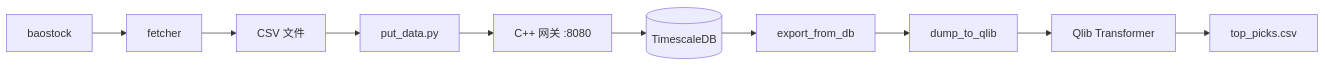
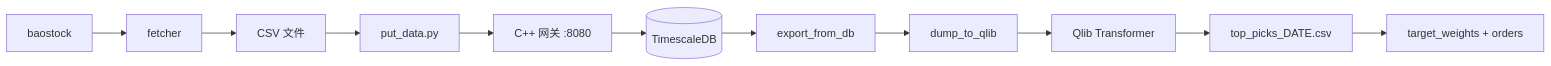
Before and after one commit to RyanTsi/quant: the diagram in docs/README_zh.md, drawn with Mermaid. The commit also changed other lines of this file and 1 other file, not shown here.

````diff
--- a/docs/README_zh.md
+++ b/docs/README_zh.md
@@ -36,12 +38,13 @@
 ```mermaid
 graph LR
     BS[baostock] --> F[fetcher]
     F --> CSV[CSV 文件]
     CSV --> ING[put_data.py]
     ING --> GW["C++ 网关 :8080"]
     GW --> TS[(TimescaleDB)]
     TS --> EXP[export_from_db]
     EXP --> DUMP[dump_to_qlib]
     DUMP --> QLIB[Qlib Transformer]
-    QLIB --> PRED[top_picks.csv]
+    QLIB --> PRED[top_picks_DATE.csv]
+    PRED --> PORT[target_weights + orders]
 ```
````
